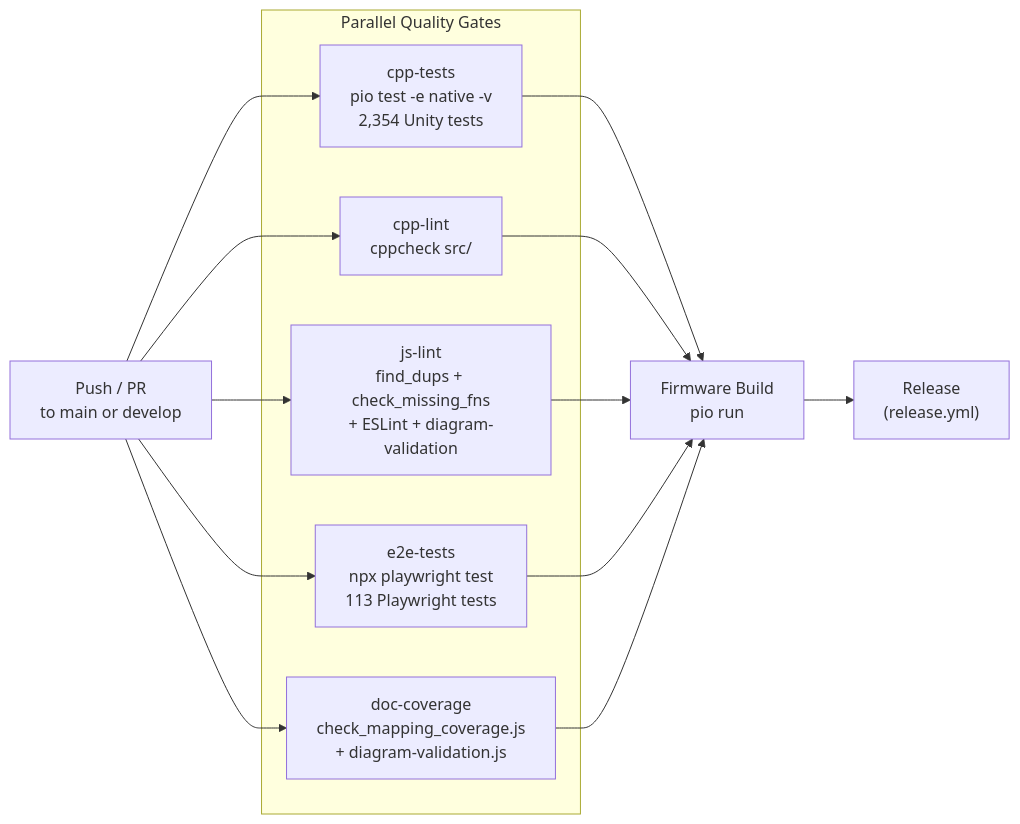
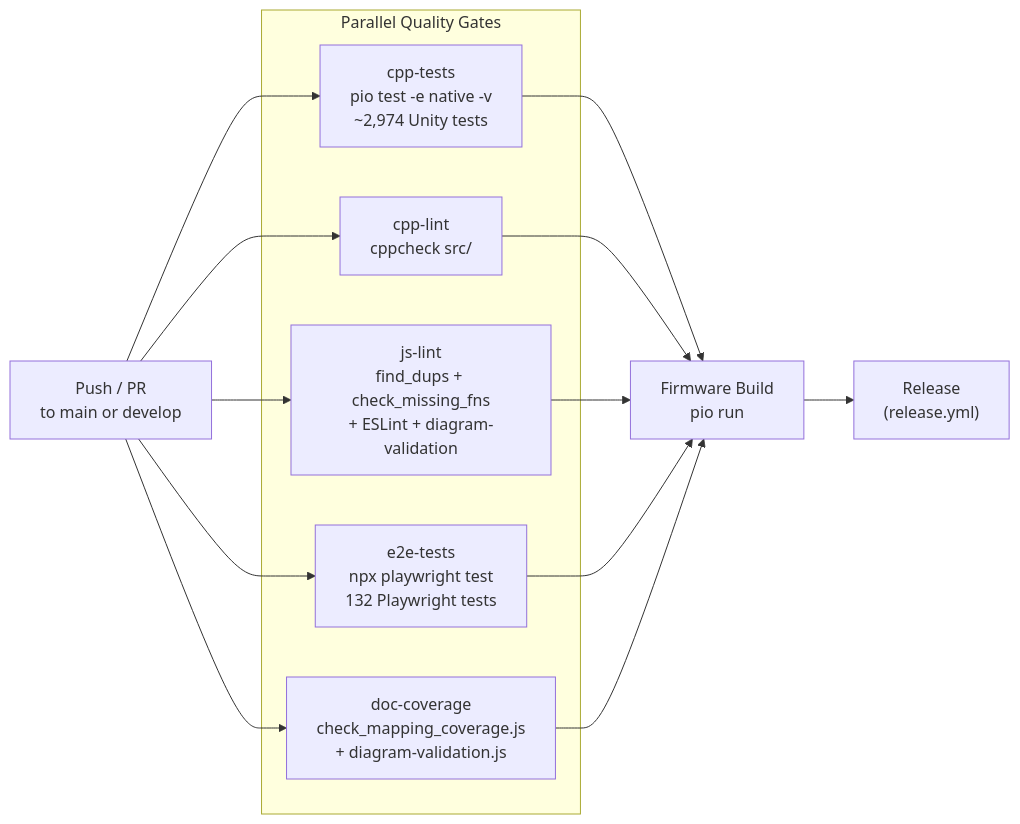
One commit to Schmackos/ALX_Nova_Controller_2 changed the second of 2 diagrams in docs-site/docs/developer/testing.md. Above: the diagram before and after it, drawn with Mermaid. The commit also changed other lines of this file and 36 other files, not shown here.

````diff
--- a/docs-site/docs/developer/testing.md
+++ b/docs-site/docs/developer/testing.md
@@ -303,18 +306,18 @@
 ```mermaid
 flowchart LR
     PUSH["Push / PR\nto main or develop"]
 
     subgraph Gates ["Parallel Quality Gates"]
-        CPP["cpp-tests\npio test -e native -v\n2,354 Unity tests"]
+        CPP["cpp-tests\npio test -e native -v\n~2,974 Unity tests"]
         LINT["cpp-lint\ncppcheck src/"]
         JS["js-lint\nfind_dups + check_missing_fns\n+ ESLint + diagram-validation"]
-        E2E["e2e-tests\nnpx playwright test\n113 Playwright tests"]
+        E2E["e2e-tests\nnpx playwright test\n132 Playwright tests"]
         DOC["doc-coverage\ncheck_mapping_coverage.js\n+ diagram-validation.js"]
     end
 
     BUILD["Firmware Build\npio run"]
     RELEASE["Release\n(release.yml)"]
 
     PUSH --> CPP & LINT & JS & E2E & DOC
     CPP & LINT & JS & E2E & DOC --> BUILD --> RELEASE
 ```
````
